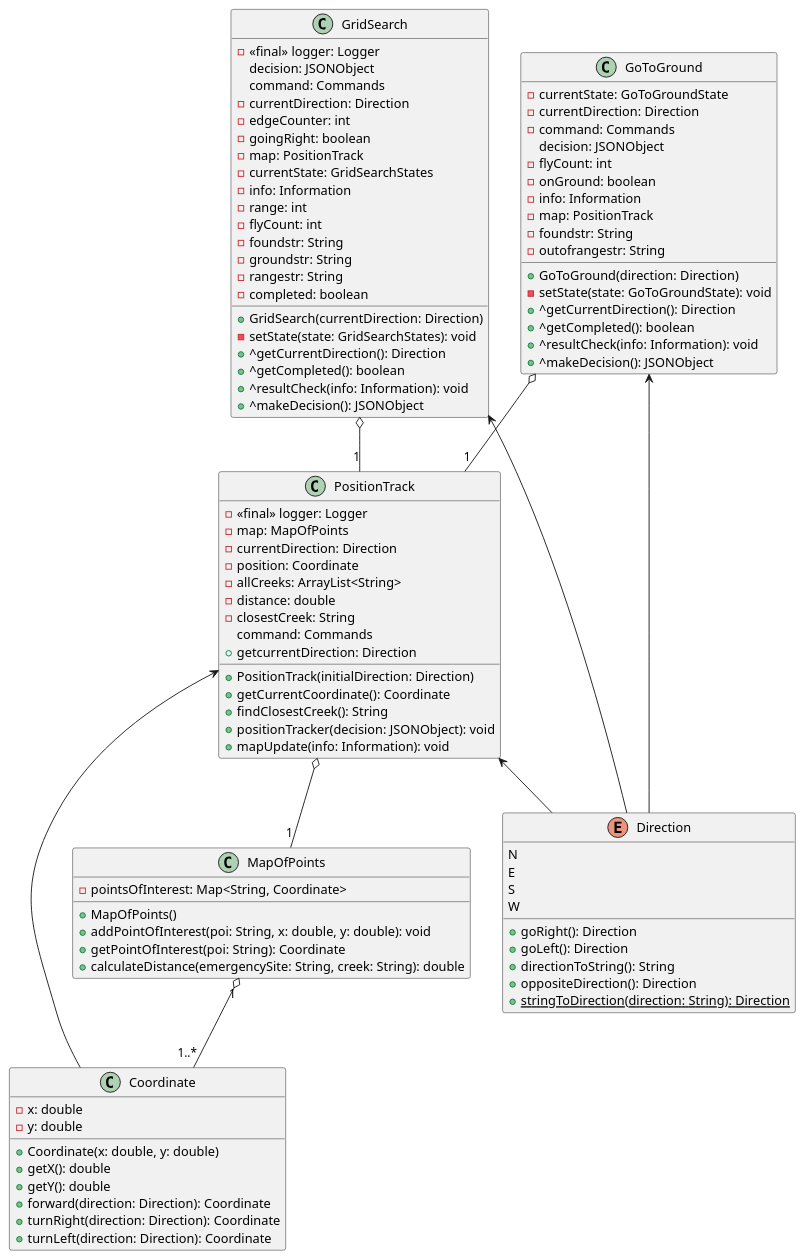
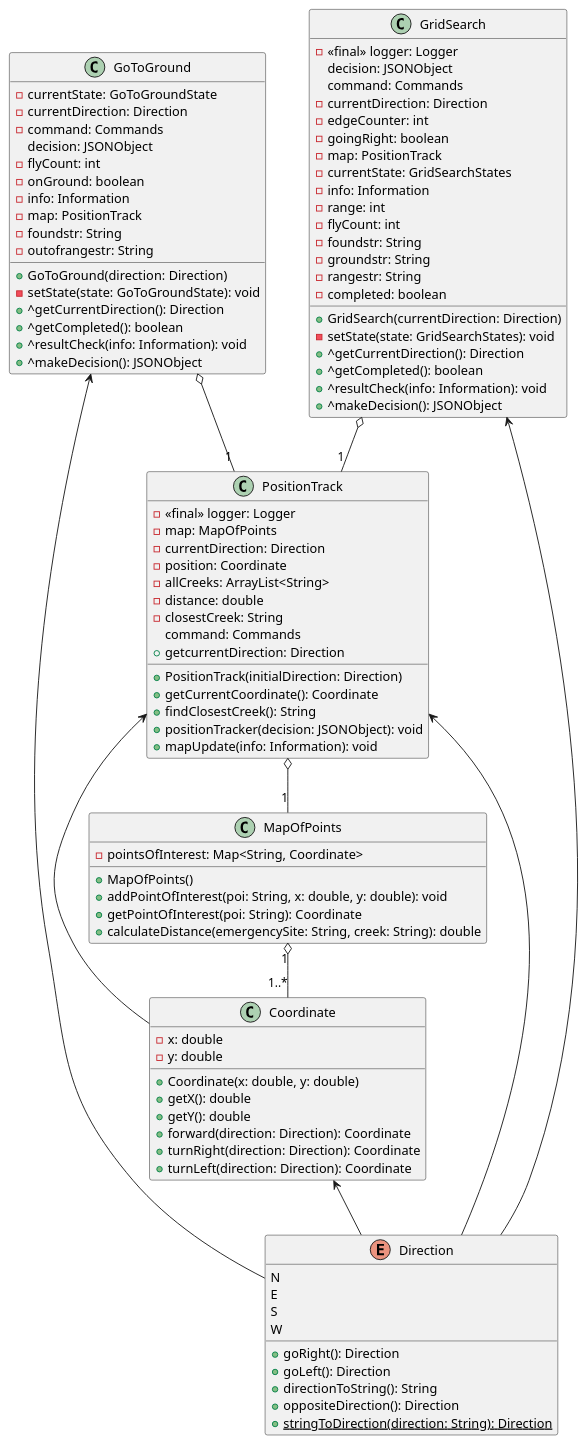
One commit to 2AA4-W24/a2-rescue-mission-team-113 changed the diagram in uml/DetailedMapClassDiagram.puml. Above: the diagram before and after it, drawn with PlantUML.

Commit message:
added link between Coordinate and Direction classes

```diff
--- a/uml/DetailedMapClassDiagram.puml
+++ b/uml/DetailedMapClassDiagram.puml
@@ -1,103 +1,104 @@
 @startuml DetailedMapClassDiagram
 
 class Coordinate {
     - x: double
     - y: double
     + Coordinate(x: double, y: double)
     + getX(): double
     + getY(): double
     + forward(direction: Direction): Coordinate
     + turnRight(direction: Direction): Coordinate
     + turnLeft(direction: Direction): Coordinate
 }
 
 enum Direction {
     N
     E
     S
     W
     + goRight(): Direction
     + goLeft(): Direction
     + directionToString(): String
     + oppositeDirection(): Direction
     + {static} stringToDirection(direction: String): Direction
 }
 
 class MapOfPoints {
     - pointsOfInterest: Map<String, Coordinate>
     + MapOfPoints()
     + addPointOfInterest(poi: String, x: double, y: double): void
     + getPointOfInterest(poi: String): Coordinate
     + calculateDistance(emergencySite: String, creek: String): double
 }
 
 class PositionTrack {
     - <<final>> logger: Logger
     - map: MapOfPoints
     - currentDirection: Direction
     - position: Coordinate
     - allCreeks: ArrayList<String>
     - distance: double
     - closestCreek: String
     command: Commands
     + PositionTrack(initialDirection: Direction)
     + getCurrentCoordinate(): Coordinate
     + getcurrentDirection: Direction
     + findClosestCreek(): String
     + positionTracker(decision: JSONObject): void
     + mapUpdate(info: Information): void
 }
 
 class GoToGround {
     - currentState: GoToGroundState
     - currentDirection: Direction
     - command: Commands
     decision: JSONObject
     - flyCount: int
     - onGround: boolean
     - info: Information
     - map: PositionTrack
     - foundstr: String
     - outofrangestr: String
     + GoToGround(direction: Direction)
     - setState(state: GoToGroundState): void
     + ^getCurrentDirection(): Direction
     + ^getCompleted(): boolean
     + ^resultCheck(info: Information): void
     + ^makeDecision(): JSONObject
 }
 
 class GridSearch {
     - <<final>> logger: Logger
     decision: JSONObject
     command: Commands
     - currentDirection: Direction
     - edgeCounter: int
     - goingRight: boolean
     - map: PositionTrack
     - currentState: GridSearchStates
     - info: Information
     - range: int
     - flyCount: int
     - foundstr: String
     - groundstr: String
     - rangestr: String
     - completed: boolean
     + GridSearch(currentDirection: Direction)
     - setState(state: GridSearchStates): void
     + ^getCurrentDirection(): Direction
     + ^getCompleted(): boolean
     + ^resultCheck(info: Information): void
     + ^makeDecision(): JSONObject
 }
 
 PositionTrack o-- "1" MapOfPoints
 MapOfPoints "1" o-- "1..*" Coordinate
 PositionTrack <-- Coordinate
 GoToGround o-- "1" PositionTrack
 GridSearch o-- "1" PositionTrack
 GoToGround <-- Direction
 GridSearch <-- Direction
 PositionTrack <-- Direction
+Coordinate <-- Direction
 
 @enduml
```
